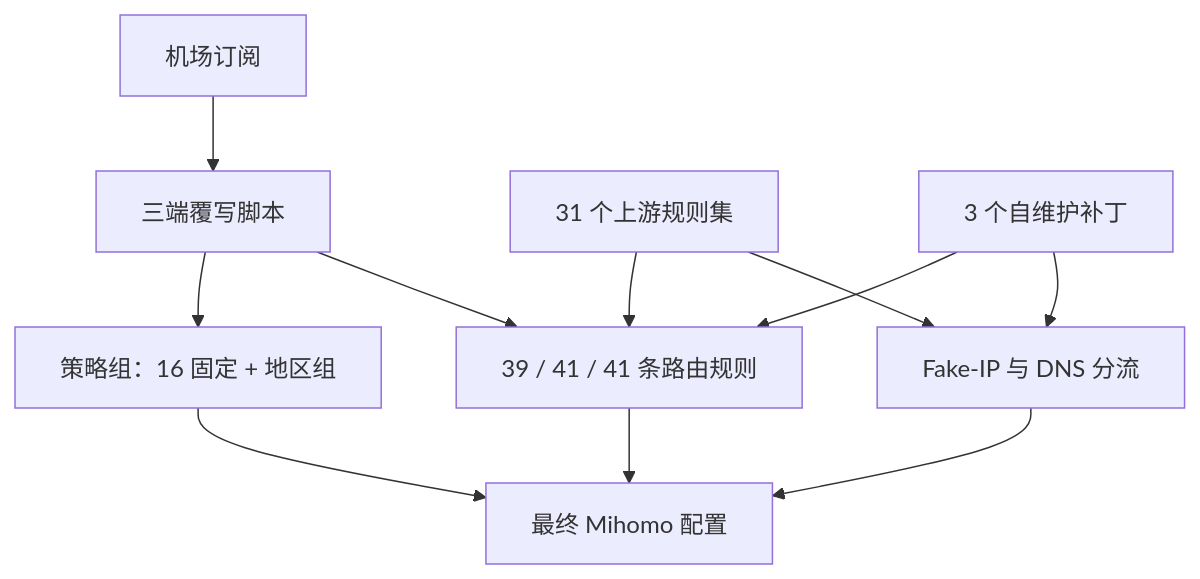
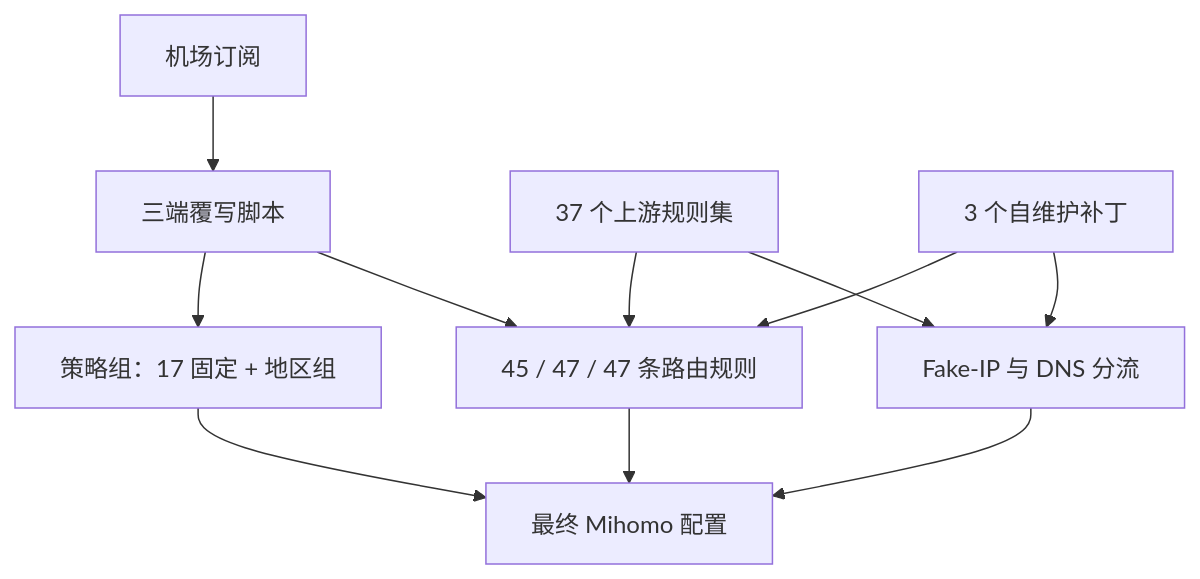
Before and after one commit to skullvek/Mihomo-RouteKit: the diagram in README.md, drawn with Mermaid. The commit also changed other lines of this file and 8 other files, not shown here.

````diff
--- a/README.md
+++ b/README.md
@@ -185,13 +186,13 @@
 ```mermaid
 flowchart TD
     A[机场订阅] --> B[三端覆写脚本]
-    B --> C[策略组：16 固定 + 地区组]
-    B --> D[39 / 41 / 41 条路由规则]
-    E[31 个上游规则集] --> D
+    B --> C[策略组：17 固定 + 地区组]
+    B --> D[45 / 47 / 47 条路由规则]
+    E[37 个上游规则集] --> D
     F[3 个自维护补丁] --> D
     F --> G[Fake-IP 与 DNS 分流]
     E --> G
     D --> H[最终 Mihomo 配置]
     G --> H
     C --> H
 ```
````
